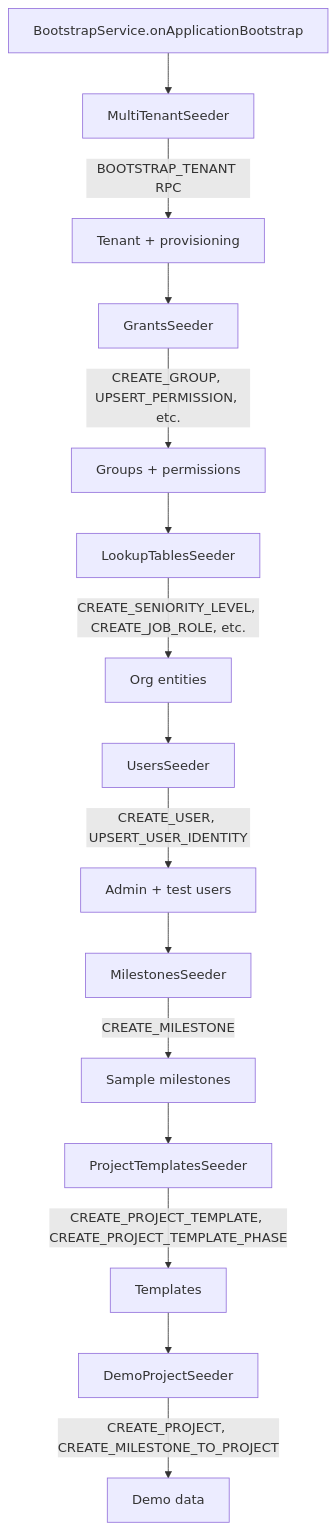
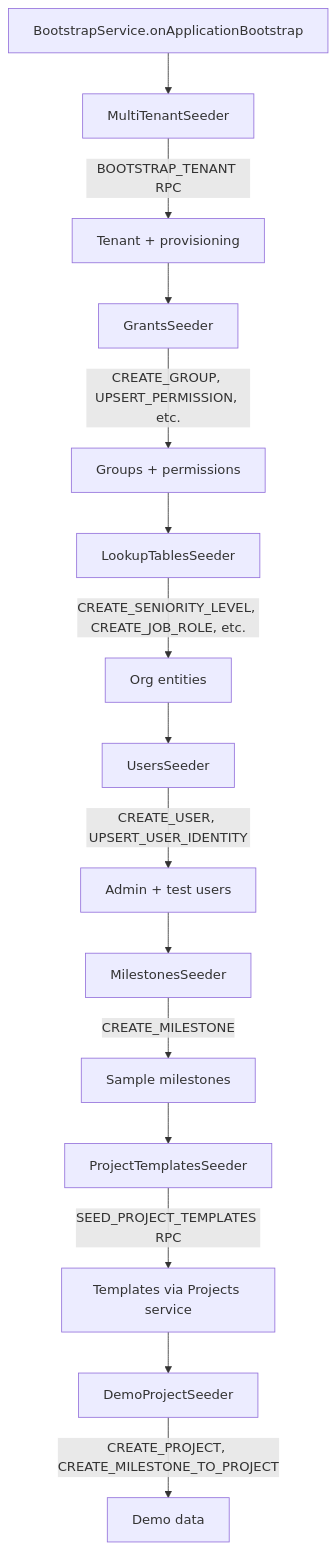
Before and after one commit to CucuProject/cucu-docs: the third of 3 diagrams in docs/architecture/startup.md, drawn with Mermaid. The commit also changed other lines of this file and 7 other files, not shown here.

````diff
--- a/docs/architecture/startup.md
+++ b/docs/architecture/startup.md
@@ -184,17 +186,17 @@
 ```mermaid
 flowchart TD
     A[BootstrapService.onApplicationBootstrap] --> B[MultiTenantSeeder]
     B --> |"BOOTSTRAP_TENANT RPC"| C[Tenant + provisioning]
     C --> D[GrantsSeeder]
     D --> |"CREATE_GROUP, UPSERT_PERMISSION, etc."| E[Groups + permissions]
     E --> F[LookupTablesSeeder]
     F --> |"CREATE_SENIORITY_LEVEL, CREATE_JOB_ROLE, etc."| G[Org entities]
     G --> H[UsersSeeder]
     H --> |"CREATE_USER, UPSERT_USER_IDENTITY"| I[Admin + test users]
     I --> J[MilestonesSeeder]
     J --> |"CREATE_MILESTONE"| K[Sample milestones]
     K --> L[ProjectTemplatesSeeder]
-    L --> |"CREATE_PROJECT_TEMPLATE, CREATE_PROJECT_TEMPLATE_PHASE"| M[Templates]
+    L --> |"SEED_PROJECT_TEMPLATES RPC"| M[Templates via Projects service]
     M --> N[DemoProjectSeeder]
     N --> |"CREATE_PROJECT, CREATE_MILESTONE_TO_PROJECT"| O[Demo data]
 ```
````
